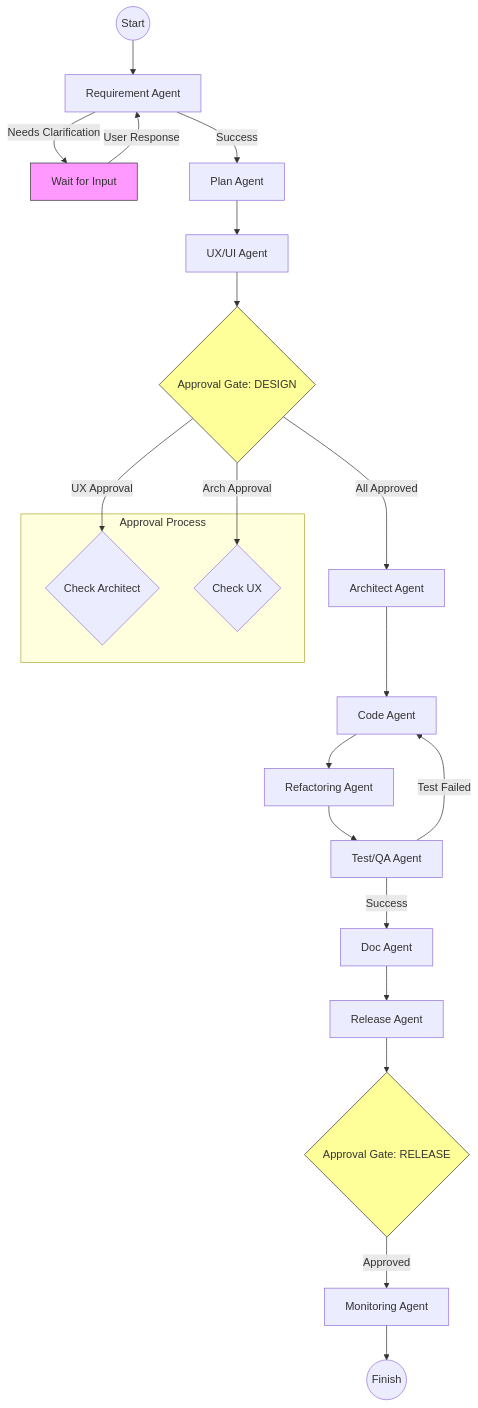
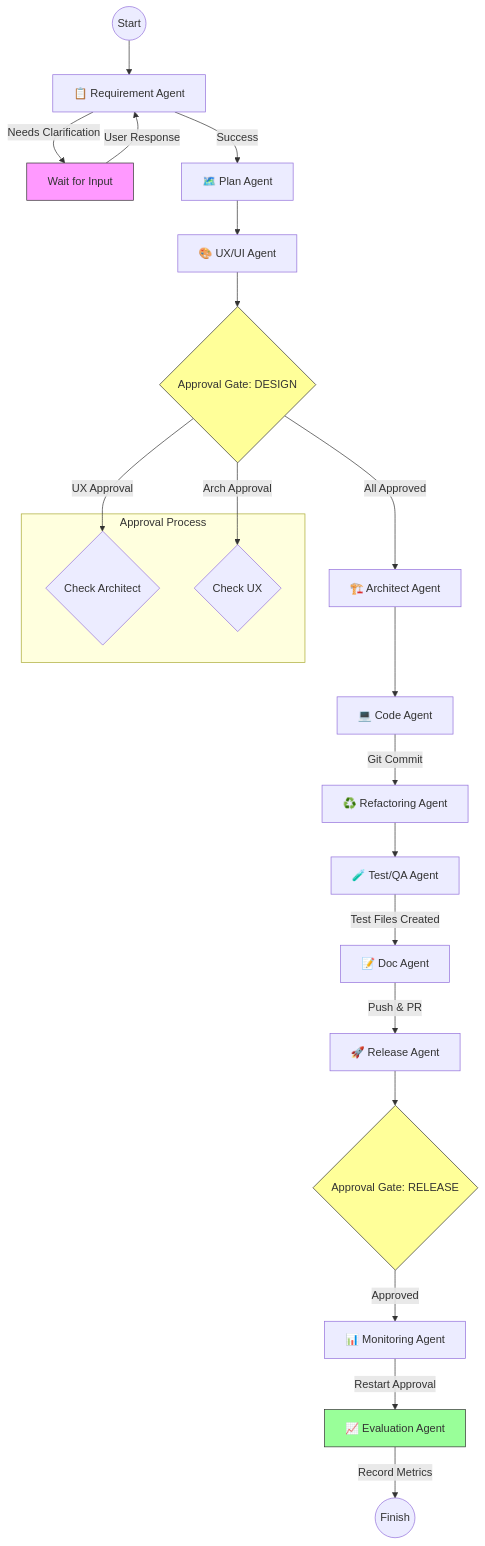
Before and after one commit to yprite/RemoteDeveloper: the diagram in docs/agent_flow.md, drawn with Mermaid. The commit also changed other lines of this file and 3 other files, not shown here.

Commit message:
Docs: Update all documentation for 11-agent pipeline and self-improvement features

````diff
--- a/docs/agent_flow.md
+++ b/docs/agent_flow.md
@@ -5,40 +5,42 @@
 ```mermaid
 flowchart TD
-    Start((Start)) --> REQ[Requirement Agent]
+    Start((Start)) --> REQ[📋 Requirement Agent]
     
     REQ -->|Needs Clarification| WAIT_CLARIF[Wait for Input]
     WAIT_CLARIF -->|User Response| REQ
-    REQ -->|Success| PLAN[Plan Agent]
+    REQ -->|Success| PLAN[🗺️ Plan Agent]
     
-    PLAN --> UXUI[UX/UI Agent]
+    PLAN --> UXUI[🎨 UX/UI Agent]
     
     UXUI --> DESIGN_GATE{Approval Gate: DESIGN}
     DESIGN_GATE -->|UX Approval| CHECK_ARCH
     DESIGN_GATE -->|Arch Approval| CHECK_UX
     
     subgraph Approval Process
         CHECK_ARCH{Check Architect}
         CHECK_UX{Check UX}
     end
     
-    DESIGN_GATE -->|All Approved| ARCH[Architect Agent]
+    DESIGN_GATE -->|All Approved| ARCH[🏗️ Architect Agent]
     
-    ARCH --> CODE[Code Agent]
-    CODE --> REFACTOR[Refactoring Agent]
-    REFACTOR --> TEST[Test/QA Agent]
+    ARCH --> CODE[💻 Code Agent]
+    CODE -->|Git Commit| REFACTOR[♻️ Refactoring Agent]
+    REFACTOR --> TEST[🧪 Test/QA Agent]
     
-    TEST -->|Test Failed| CODE
-    TEST -->|Success| DOC[Doc Agent]
+    TEST -->|Test Files Created| DOC[📝 Doc Agent]
     
-    DOC --> RELEASE[Release Agent]
+    DOC -->|Push & PR| RELEASE[🚀 Release Agent]
     
     RELEASE --> RELEASE_GATE{Approval Gate: RELEASE}
-    RELEASE_GATE -->|Approved| MONITOR[Monitoring Agent]
+    RELEASE_GATE -->|Approved| MONITOR[📊 Monitoring Agent]
     
-    MONITOR --> End((Finish))
+    MONITOR -->|Restart Approval| EVAL[📈 Evaluation Agent]
+    
+    EVAL -->|Record Metrics| End((Finish))
     
     %% Feedback Loops
     style WAIT_CLARIF fill:#f9f,stroke:#333
     style DESIGN_GATE fill:#ff9,stroke:#333
     style RELEASE_GATE fill:#ff9,stroke:#333
+    style EVAL fill:#9f9,stroke:#333
 ```
````
